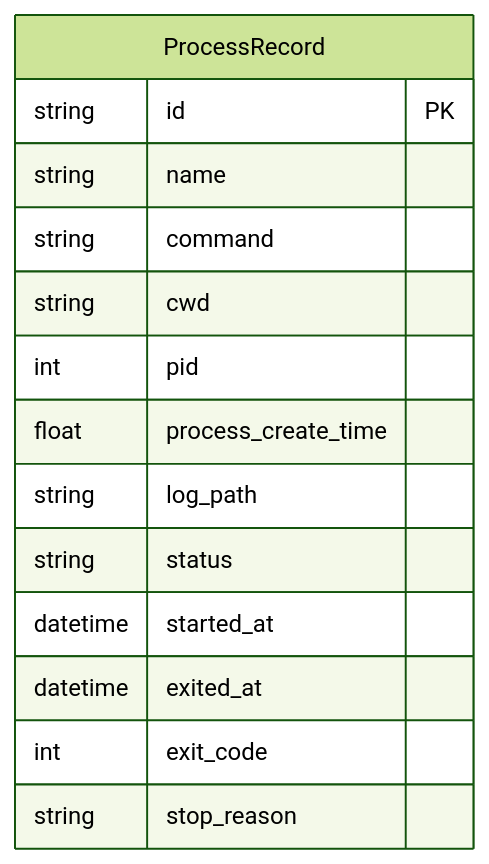
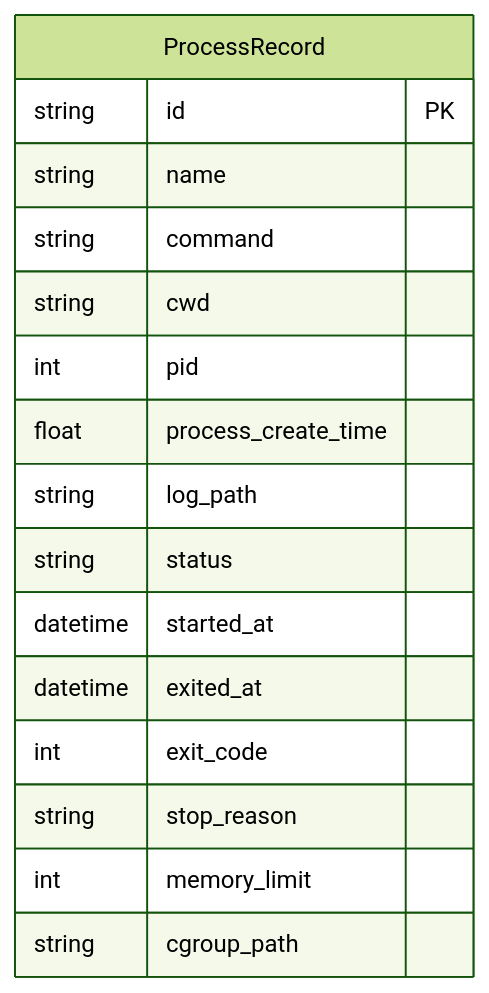
The second of 3 diagrams in docs/feature-designs/detached-processes/process-supervision.md (asermax/tachikoma), drawn with Mermaid (forest theme) before and after one commit. The commit also changed other lines of this file and 7 other files, not shown here.

````diff
--- a/docs/feature-designs/detached-processes/process-supervision.md
+++ b/docs/feature-designs/detached-processes/process-supervision.md
@@ -153,17 +158,19 @@
 ```mermaid
 erDiagram
     ProcessRecord {
         string id PK
         string name
         string command
         string cwd
         int pid
         float process_create_time
         string log_path
         string status
         datetime started_at
         datetime exited_at
         int exit_code
         string stop_reason
+        int memory_limit
+        string cgroup_path
     }
 ```
````
